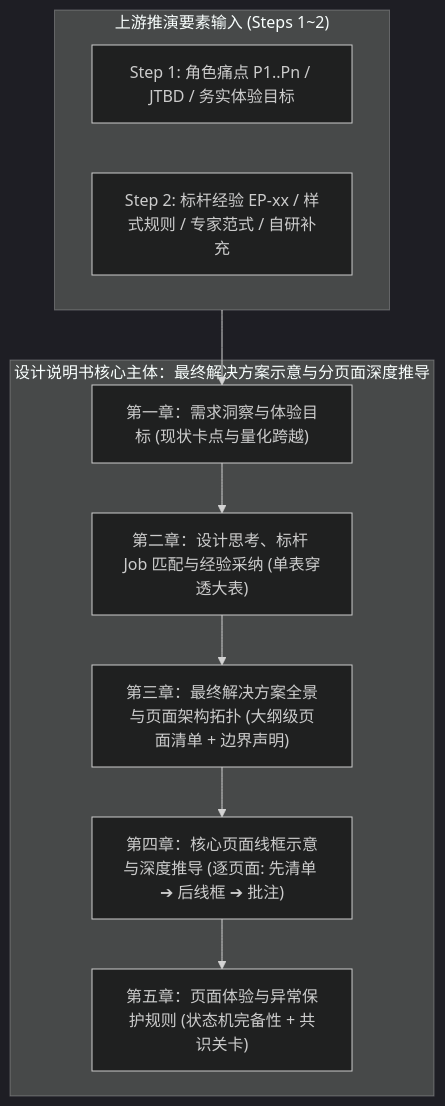
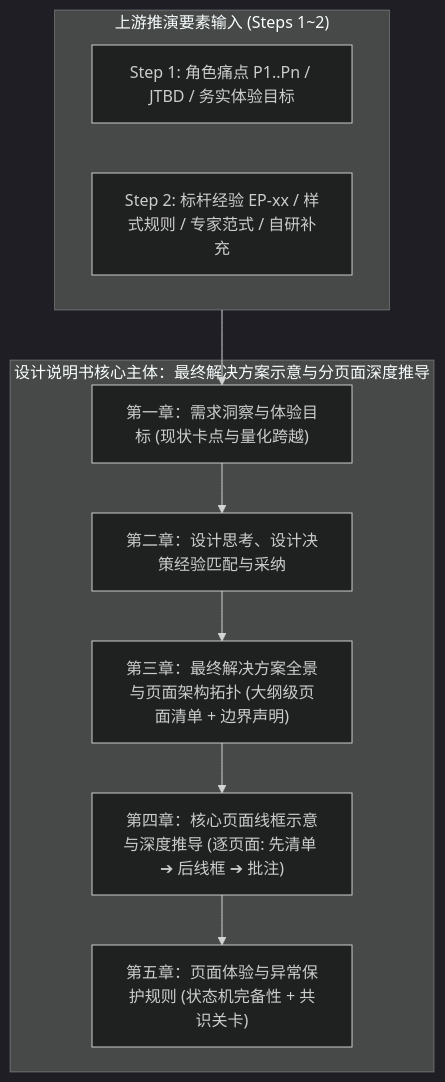
The diagram in 01-system-solution-design/⑤设计说明书/5.0-设计说明书标准模板.md (wangjue2026/skill-designer-prism), drawn with Mermaid (dark theme) before and after one commit. The commit also changed other lines of this file and 15 other files, not shown here.

````diff
--- a/01-system-solution-design/⑤设计说明书/5.0-设计说明书标准模板.md
+++ b/01-system-solution-design/⑤设计说明书/5.0-设计说明书标准模板.md
@@ -29,17 +29,17 @@
 ```mermaid
 graph TD
   subgraph Input ["上游推演要素输入 (Steps 1~2)"]
     S1["Step 1: 角色痛点 P1..Pn / JTBD / 务实体验目标"]
     S2["Step 2: 标杆经验 EP-xx / 样式规则 / 专家范式 / 自研补充"]
   end
 
   subgraph Integration ["设计说明书核心主体：最终解决方案示意与分页面深度推导"]
     C1["第一章：需求洞察与体验目标 (现状卡点与量化跨越)"]
-    C2["第二章：设计思考、标杆 Job 匹配与经验采纳 (单表穿透大表)"]
+    C2["第二章：设计思考、设计决策经验匹配与采纳"]
     C3["第三章：最终解决方案全景与页面架构拓扑 (大纲级页面清单 + 边界声明)"]
     C4["第四章：核心页面线框示意与深度推导 (逐页面: 先清单 ➔ 后线框 ➔ 批注)"]
     C5["第五章：页面体验与异常保护规则 (状态机完备性 + 共识关卡)"]
   end
 
   Input --> C1 --> C2 --> C3 --> C4 --> C5
 ```
````
